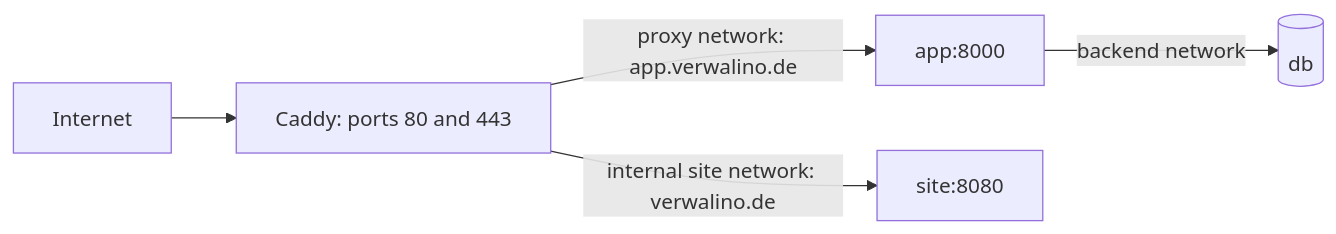
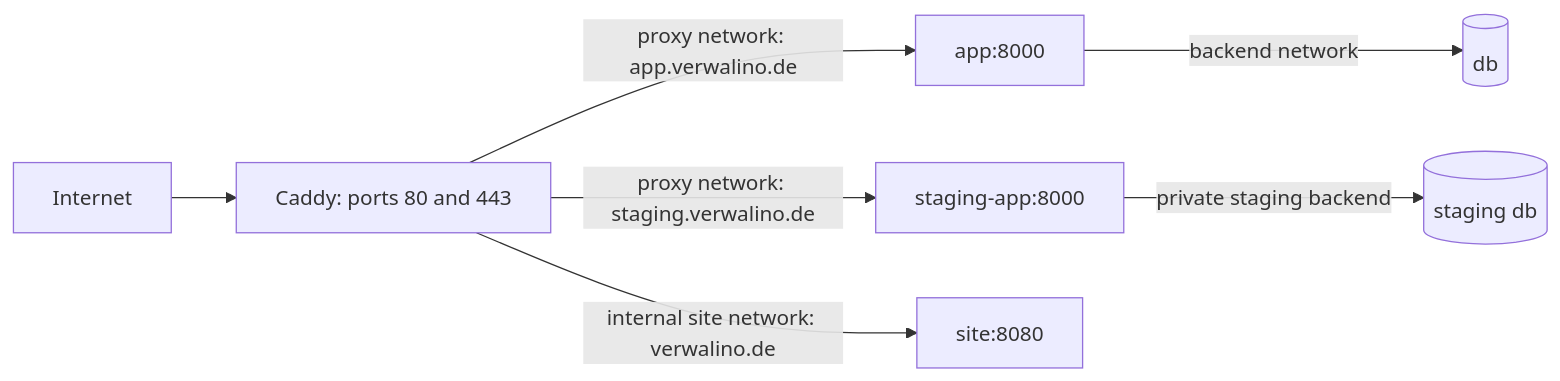
Before and after one commit to itskeKs/verwalino: the diagram in docs/operations/website-hosting.md, drawn with Mermaid. The commit also changed other lines of this file and 8 other files, not shown here.

First line of the commit message:
fix(ops): preserve staging and site proxy routes together

````diff
--- a/docs/operations/website-hosting.md
+++ b/docs/operations/website-hosting.md
@@ -26,7 +26,9 @@
 ```mermaid
 flowchart LR
   browser[Internet] --> caddy[Caddy: ports 80 and 443]
   caddy -->|proxy network: app.verwalino.de| app[app:8000]
   app -->|backend network| db[(db)]
+  caddy -->|proxy network: staging.verwalino.de| staging[staging-app:8000]
+  staging -->|private staging backend| staging_db[(staging db)]
   caddy -->|internal site network: verwalino.de| site[site:8080]
 ```
````
